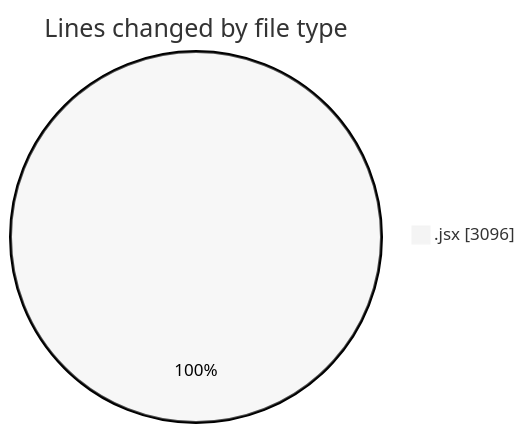
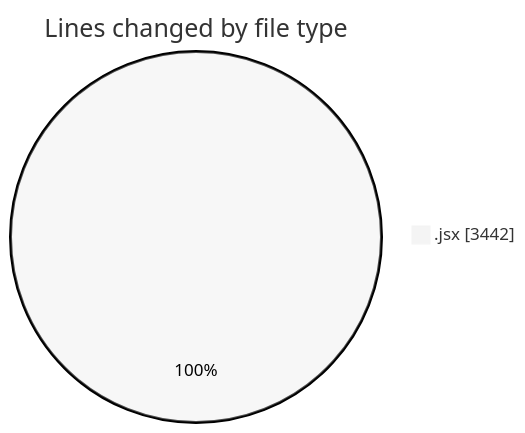
One commit to nxtqubesakshisongat/code-tracking changed the first of 2 diagrams in 2025-05-14/argos-dev/README.md. Above: the diagram before and after it, drawn with Mermaid (neutral theme). The commit also changed other lines of this file and 1 other file, not shown here.

````diff
--- a/2025-05-14/argos-dev/README.md
+++ b/2025-05-14/argos-dev/README.md
@@ -24,5 +24,5 @@
 ```mermaid
 pie showData
 title Lines changed by file type
-".jsx" : 3096
+".jsx" : 3442
 ```
````
